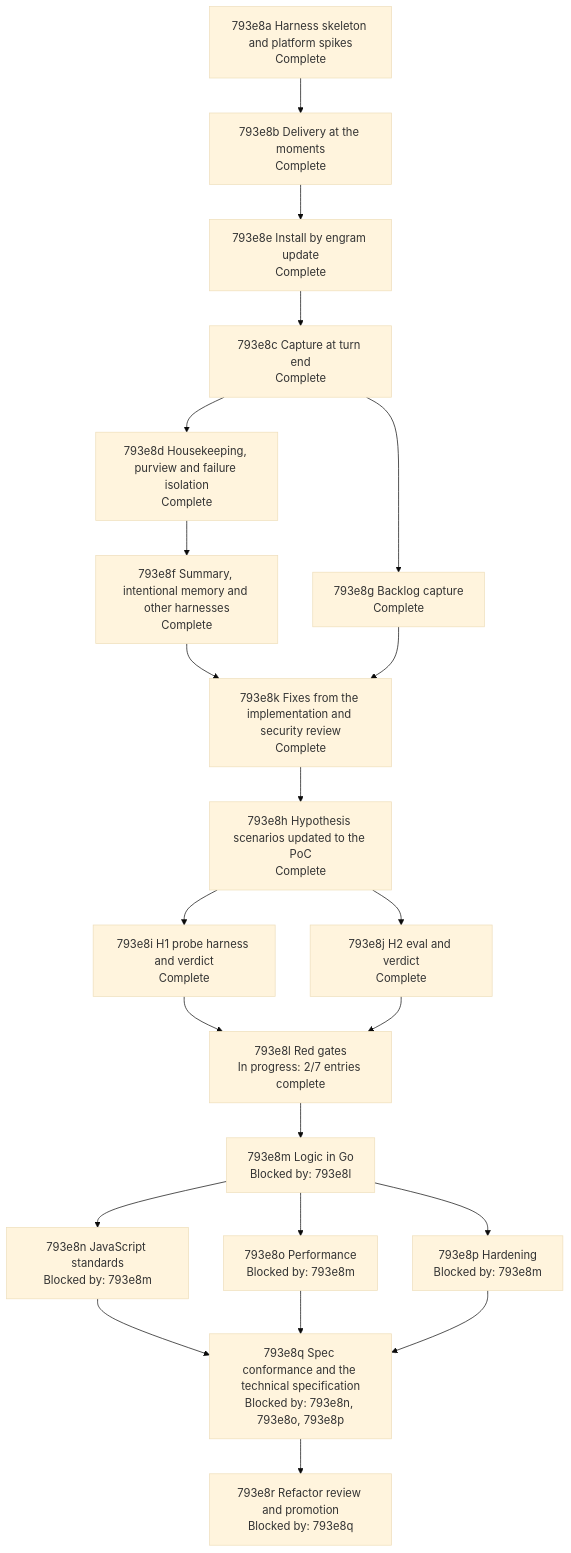
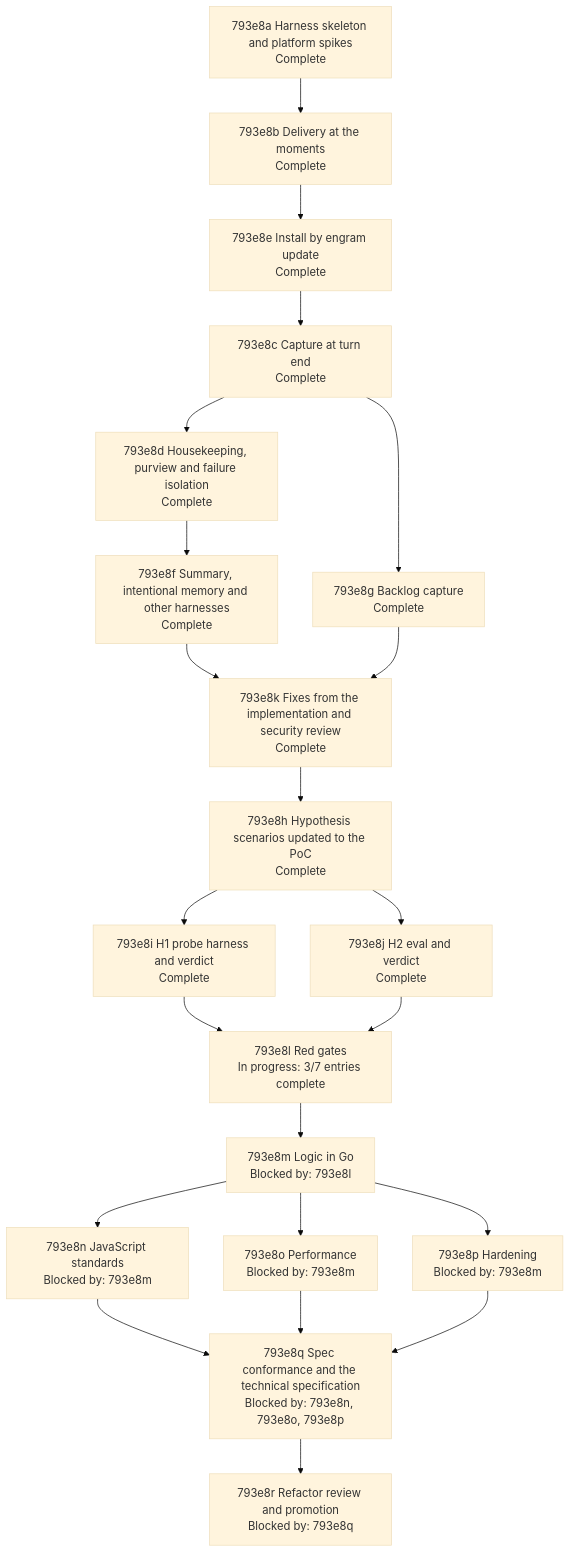
Before and after one commit to toejough/engram: the diagram in docs/changes/793_parallel-memory-agent/793e_implementation-plan.md, drawn with Mermaid (base theme). The commit also changed other lines of this file and 3 other files, not shown here.

````diff
--- a/docs/changes/793_parallel-memory-agent/793e_implementation-plan.md
+++ b/docs/changes/793_parallel-memory-agent/793e_implementation-plan.md
@@ -219,40 +219,40 @@
 ```mermaid
 flowchart TD
   n793e8a["793e8a Harness skeleton and platform spikes<br/>Complete"]
   n793e8b["793e8b Delivery at the moments<br/>Complete"]
   n793e8e["793e8e Install by engram update<br/>Complete"]
   n793e8c["793e8c Capture at turn end<br/>Complete"]
   n793e8d["793e8d Housekeeping, purview and failure isolation<br/>Complete"]
   n793e8g["793e8g Backlog capture<br/>Complete"]
   n793e8f["793e8f Summary, intentional memory and other harnesses<br/>Complete"]
   n793e8k["793e8k Fixes from the implementation and security review<br/>Complete"]
   n793e8h["793e8h Hypothesis scenarios updated to the PoC<br/>Complete"]
   n793e8i["793e8i H1 probe harness and verdict<br/>Complete"]
   n793e8j["793e8j H2 eval and verdict<br/>Complete"]
-  n793e8l["793e8l Red gates<br/>In progress: 2/7 entries complete"]
+  n793e8l["793e8l Red gates<br/>In progress: 3/7 entries complete"]
   n793e8m["793e8m Logic in Go<br/>Blocked by: 793e8l"]
   n793e8n["793e8n JavaScript standards<br/>Blocked by: 793e8m"]
   n793e8o["793e8o Performance<br/>Blocked by: 793e8m"]
   n793e8p["793e8p Hardening<br/>Blocked by: 793e8m"]
   n793e8q["793e8q Spec conformance and the technical specification<br/>Blocked by: 793e8n, 793e8o, 793e8p"]
   n793e8r["793e8r Refactor review and promotion<br/>Blocked by: 793e8q"]
   n793e8a --> n793e8b --> n793e8e --> n793e8c
   n793e8c --> n793e8d
   n793e8c --> n793e8g
   n793e8d --> n793e8f
   n793e8f --> n793e8k
   n793e8g --> n793e8k
   n793e8k --> n793e8h
   n793e8h --> n793e8i
   n793e8h --> n793e8j
   n793e8i --> n793e8l
   n793e8j --> n793e8l
   n793e8l --> n793e8m
   n793e8m --> n793e8n
   n793e8m --> n793e8o
   n793e8m --> n793e8p
   n793e8n --> n793e8q
   n793e8o --> n793e8q
   n793e8p --> n793e8q
   n793e8q --> n793e8r
 ```
````
